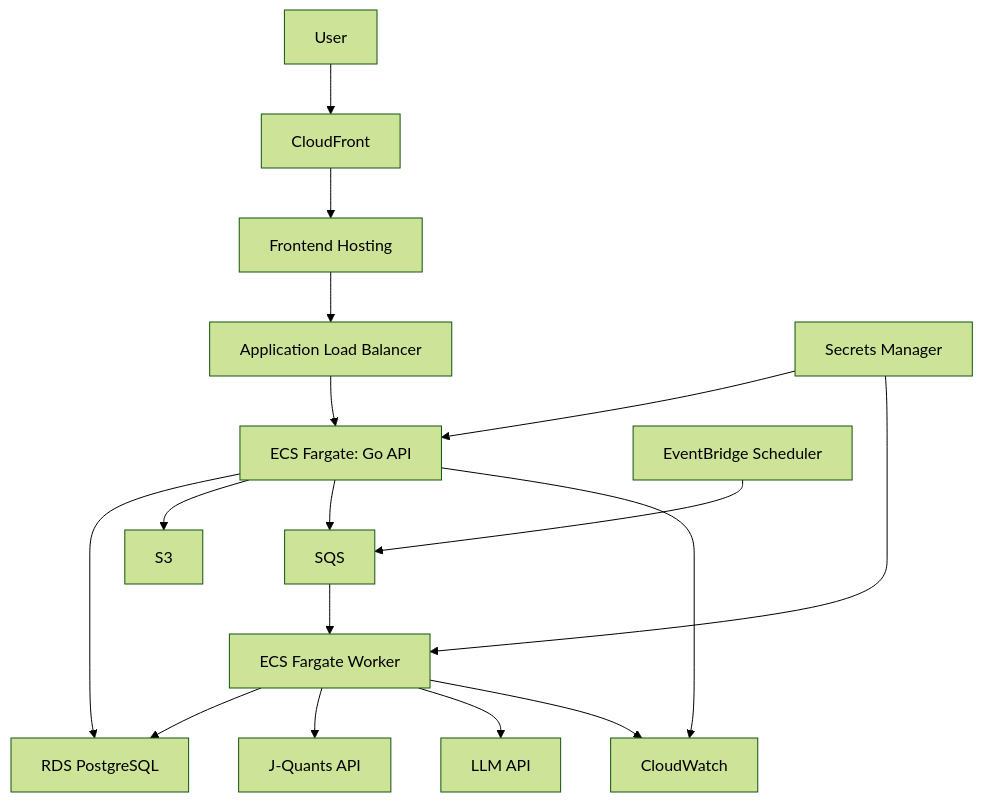
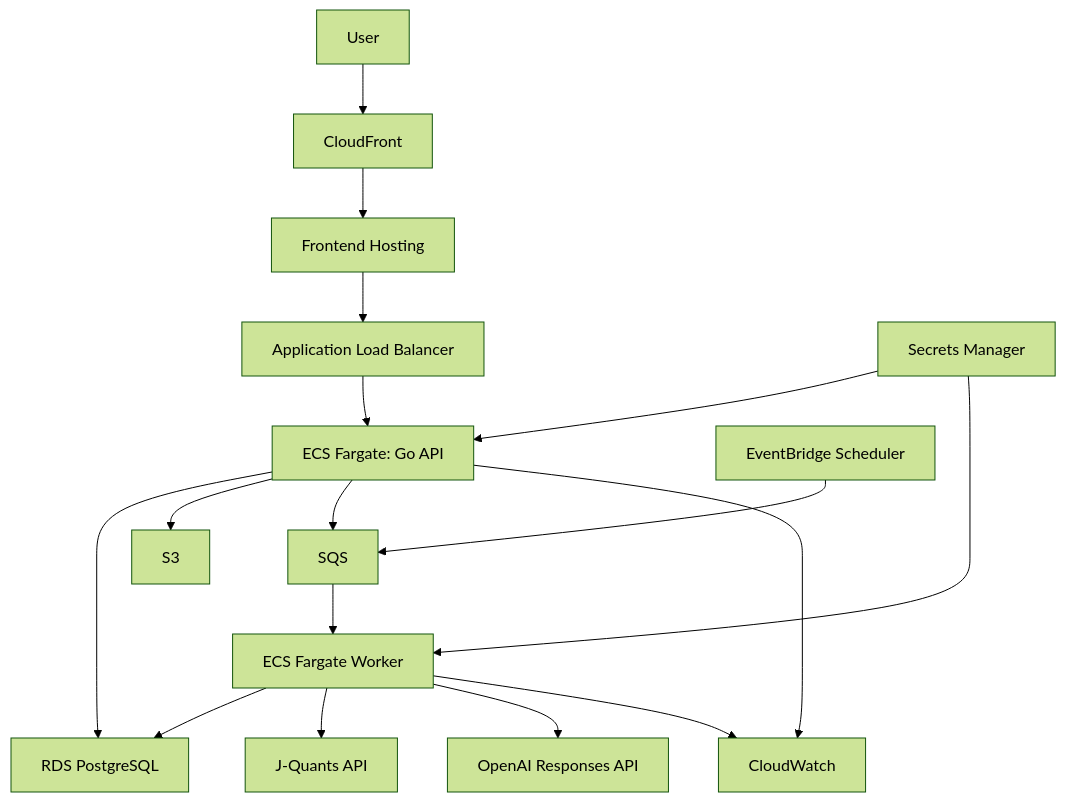
The diagram in docs/06_infra_design.md (KodaiShiraishi/alphalens-jp), drawn with Mermaid (forest theme) before and after one commit. The commit also changed other lines of this file and 7 other files, not shown here.

Commit message:
Specify OpenAI API for AI reports

````diff
--- a/docs/06_infra_design.md
+++ b/docs/06_infra_design.md
@@ -30,19 +30,19 @@
 ```mermaid
 flowchart TB
   User["User"] --> CF["CloudFront"]
   CF --> FE["Frontend Hosting"]
   FE --> ALB["Application Load Balancer"]
   ALB --> ECS["ECS Fargate: Go API"]
   ECS --> RDS["RDS PostgreSQL"]
   ECS --> S3["S3"]
   ECS --> SQS["SQS"]
   SQS --> Worker["ECS Fargate Worker"]
   Worker --> RDS
   Worker --> JQ["J-Quants API"]
-  Worker --> LLM["LLM API"]
+  Worker --> OpenAI["OpenAI Responses API"]
   EventBridge["EventBridge Scheduler"] --> SQS
   ECS --> CW["CloudWatch"]
   Worker --> CW
   Secrets["Secrets Manager"] --> ECS
   Secrets --> Worker
 ```
````
